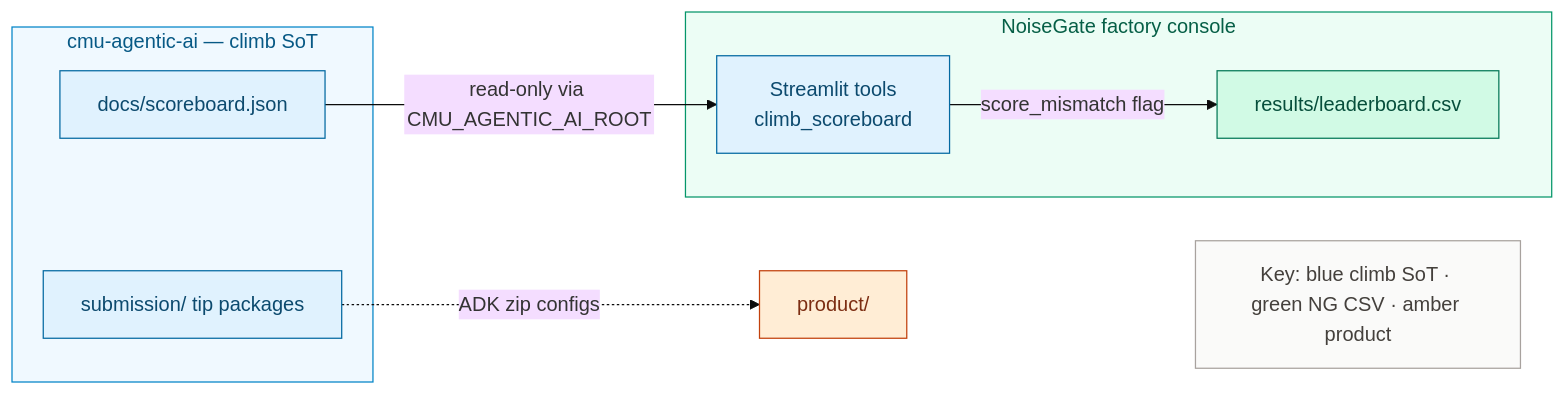
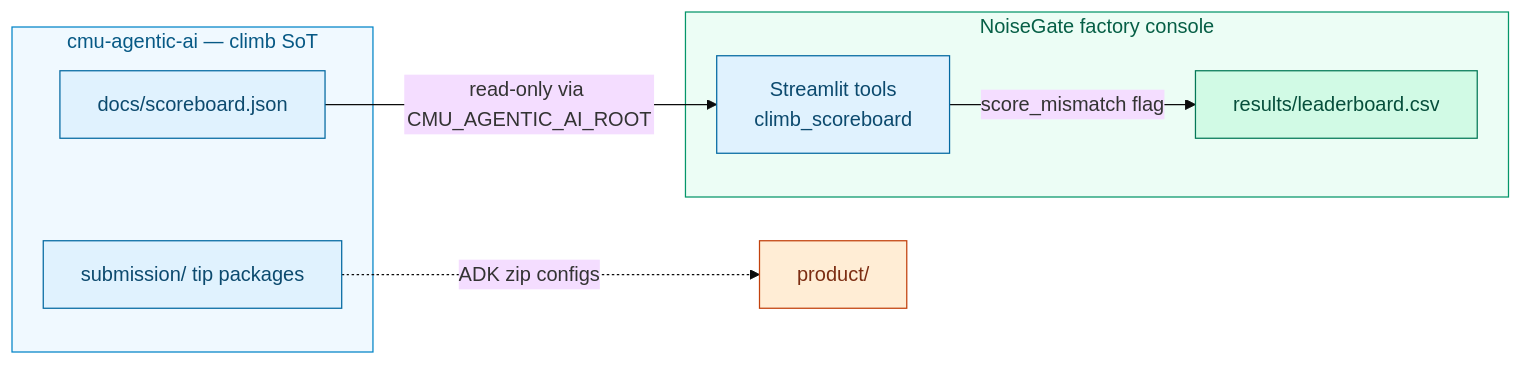
One commit to khaosans/noisegate-gemma4-factory changed the seventh of 7 diagrams in docs/wiki/Architecture.md. Above: the diagram before and after it, drawn with Mermaid (base theme). The commit also changed other lines of this file and 4 other files, not shown here.

First line of the commit message:
docs: drop Mermaid Key/Legend nodes entirely

````diff
--- a/docs/wiki/Architecture.md
+++ b/docs/wiki/Architecture.md
@@ -235,29 +215,25 @@
 ```mermaid
 flowchart LR
   subgraph CMU["cmu-agentic-ai — climb SoT"]
     SB[docs/scoreboard.json]
     Tips[submission/ tip packages]
   end
 
   subgraph NG["NoiseGate factory console"]
     CSV[results/leaderboard.csv]
     Cons[Streamlit tools<br/>climb_scoreboard]
   end
 
   SB -->|read-only via CMU_AGENTIC_AI_ROOT| Cons
   Cons -->|score_mismatch flag| CSV
   Tips -.->|ADK zip configs| Prod[product/]
 
-  Key["Key: blue climb SoT · green NG CSV · amber product"]
-  Prod ~~~ Key
-
   classDef ops fill:#E0F2FE,stroke:#0369A1,color:#0C4A6E
   classDef product fill:#FFEDD5,stroke:#C2410C,color:#7C2D12
   classDef factory fill:#D1FAE5,stroke:#047857,color:#064E3B
   class SB,Tips,Cons ops
   class Prod product
   class CSV factory
   style CMU fill:#F0F9FF,stroke:#0284C7,color:#075985
   style NG fill:#ECFDF5,stroke:#059669,color:#065F46
-  style Key fill:#FAFAF9,stroke:#A8A29E,color:#44403C
 ```
````
